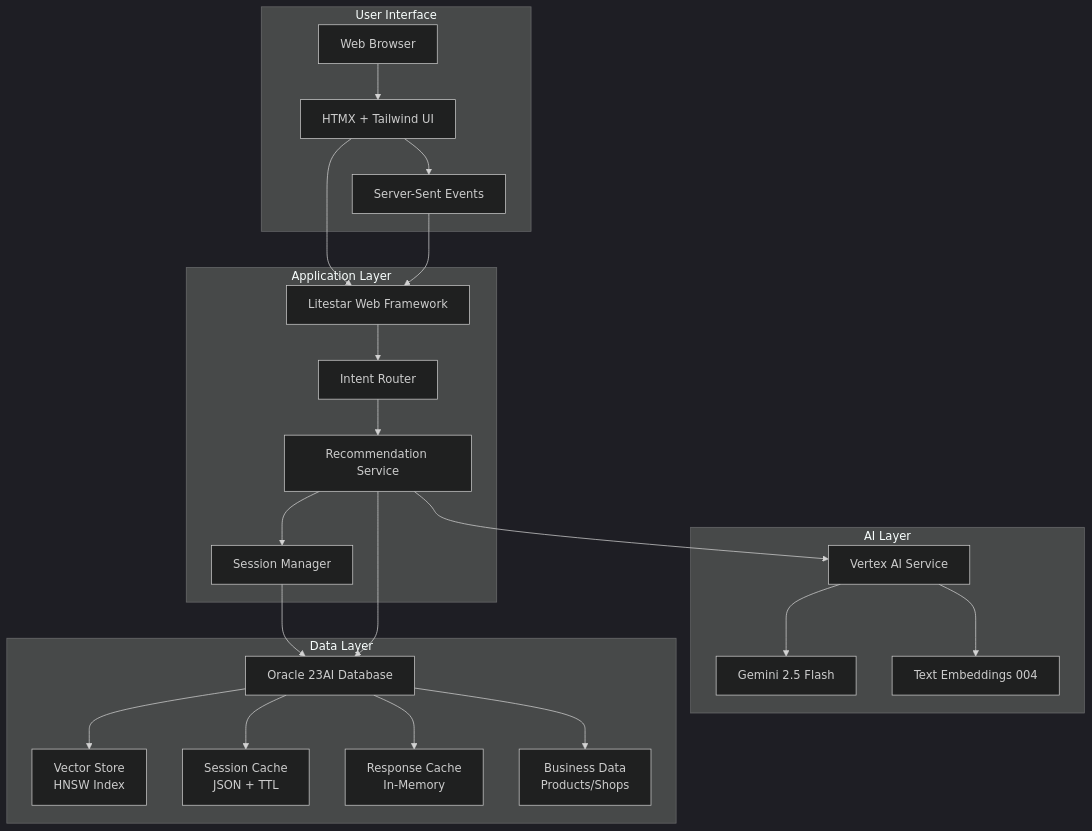
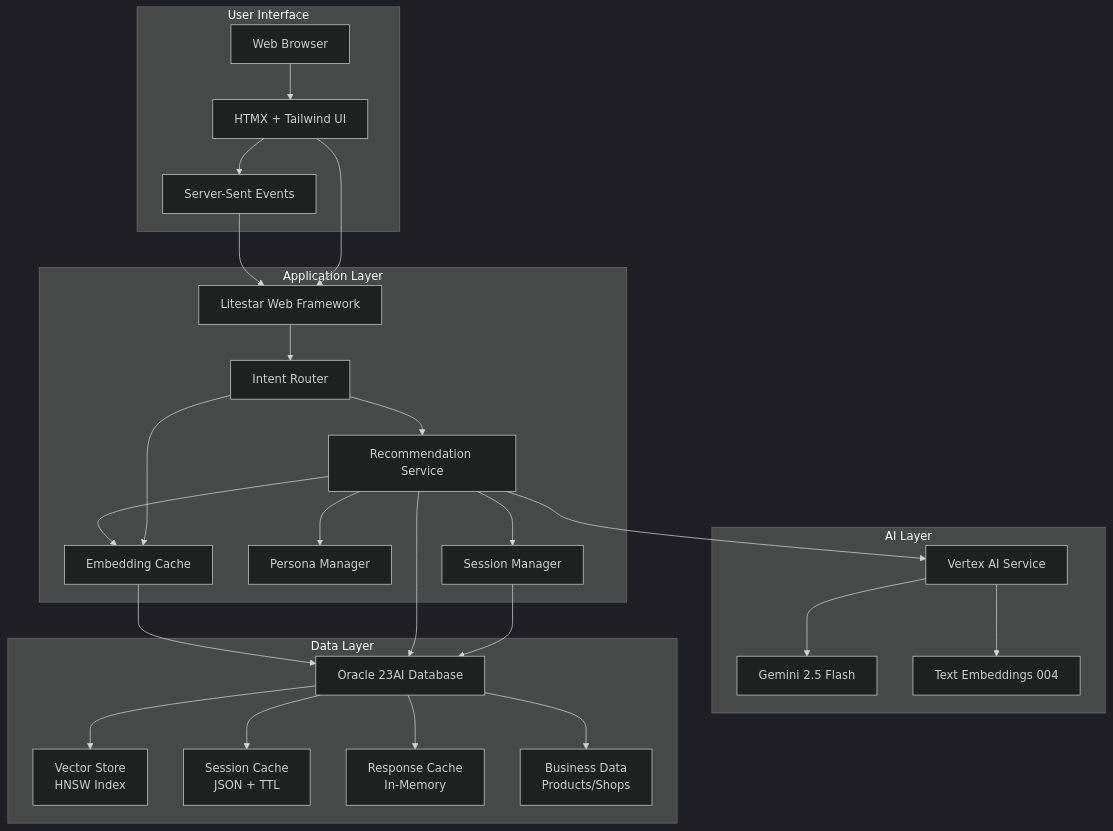
The first of 3 diagrams in docs/system/03-system-architecture.md (cofin/oracledb-vertexai-demo), drawn with Mermaid (dark theme) before and after one commit. The commit also changed other lines of this file and 22 other files, not shown here.

````diff
--- a/docs/system/03-system-architecture.md
+++ b/docs/system/03-system-architecture.md
@@ -5,43 +5,49 @@
 ```mermaid
 graph TB
     subgraph "User Interface"
         A[Web Browser] --> B[HTMX + Tailwind UI]
         B --> C[Server-Sent Events]
     end
 
     subgraph "Application Layer"
         D[Litestar Web Framework]
         E[Intent Router]
         F[Recommendation Service]
         G[Session Manager]
+        P[Persona Manager]
+        Q[Embedding Cache]
     end
 
     subgraph "AI Layer"
         H[Vertex AI Service]
         I[Gemini 2.5 Flash]
         J[Text Embeddings 004]
     end
 
     subgraph "Data Layer"
         K[Oracle 23AI Database]
         L[Vector Store<br/>HNSW Index]
         M[Session Cache<br/>JSON + TTL]
         N[Response Cache<br/>In-Memory]
         O[Business Data<br/>Products/Shops]
     end
 
     B --> D
     C --> D
     D --> E
     E --> F
     F --> G
     F --> H
+    F --> P
+    E --> Q
+    F --> Q
     H --> I
     H --> J
     G --> K
     F --> K
+    Q --> K
     K --> L
     K --> M
     K --> N
     K --> O
 ```
````
